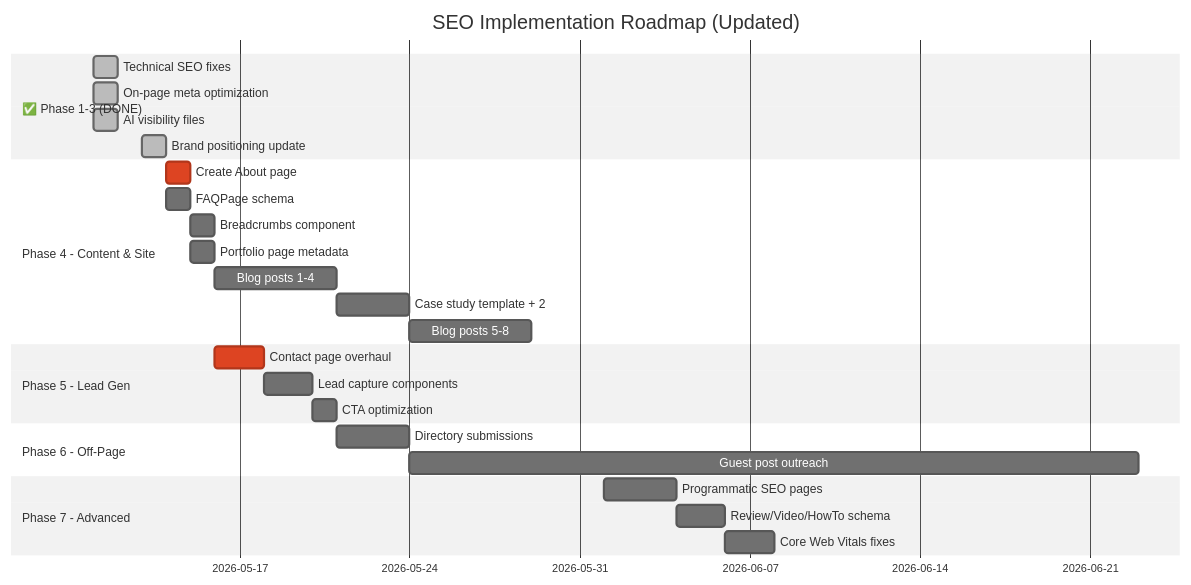
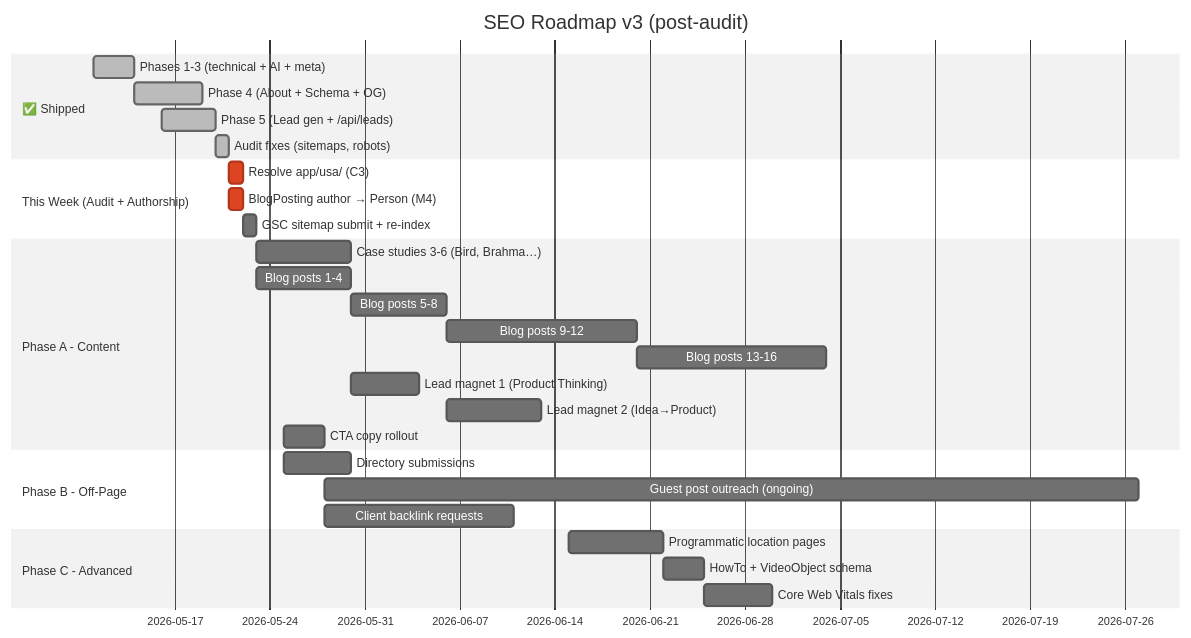
One commit to uipiratedev/uipirate changed the diagram in seo_plan.md. Above: the diagram before and after it, drawn with Mermaid (neutral theme). The commit also changed other lines of this file and 7 other files, not shown here.

````diff
--- a/seo_plan.md
+++ b/seo_plan.md
@@ -340,29 +236,31 @@
 ```mermaid
 gantt
-    title SEO Implementation Roadmap (Updated)
+    title SEO Roadmap v3 (post-audit)
     dateFormat  YYYY-MM-DD
-    section ✅ Phase 1-3 (DONE)
-    Technical SEO fixes         :done, p1, 2026-05-11, 1d
-    On-page meta optimization   :done, p2, 2026-05-11, 1d
-    AI visibility files         :done, p3, 2026-05-11, 1d
-    Brand positioning update    :done, p4, 2026-05-13, 1d
-    section Phase 4 - Content & Site
-    Create About page           :crit, p4a, 2026-05-14, 1d
-    FAQPage schema              :p4b, 2026-05-14, 1d
-    Breadcrumbs component       :p4c, 2026-05-15, 1d
-    Portfolio page metadata     :p4d, 2026-05-15, 1d
-    Blog posts 1-4              :p4e, 2026-05-16, 5d
-    Case study template + 2     :p4f, 2026-05-21, 3d
-    Blog posts 5-8              :p4g, 2026-05-24, 5d
-    section Phase 5 - Lead Gen
-    Contact page overhaul       :crit, p5a, 2026-05-16, 2d
-    Lead capture components     :p5b, 2026-05-18, 2d
-    CTA optimization            :p5c, 2026-05-20, 1d
-    section Phase 6 - Off-Page
-    Directory submissions       :p6a, 2026-05-21, 3d
-    Guest post outreach         :p6b, 2026-05-24, 30d
-    section Phase 7 - Advanced
-    Programmatic SEO pages      :p7a, 2026-06-01, 3d
-    Review/Video/HowTo schema   :p7b, 2026-06-04, 2d
-    Core Web Vitals fixes       :p7c, 2026-06-06, 2d
+    section ✅ Shipped
+    Phases 1-3 (technical + AI + meta)  :done, s1, 2026-05-11, 3d
+    Phase 4 (About + Schema + OG)       :done, s2, 2026-05-14, 5d
+    Phase 5 (Lead gen + /api/leads)     :done, s3, 2026-05-16, 4d
+    Audit fixes (sitemaps, robots)      :done, s4, 2026-05-20, 1d
+    section This Week (Audit + Authorship)
+    Resolve app/usa/ (C3)               :crit, n1, 2026-05-21, 1d
+    BlogPosting author → Person (M4)    :crit, n2, 2026-05-21, 1d
+    GSC sitemap submit + re-index       :n3, 2026-05-22, 1d
+    section Phase A - Content
+    Case studies 3-6 (Bird, Brahma…)    :a1, 2026-05-23, 7d
+    Blog posts 1-4                      :a2, 2026-05-23, 7d
+    Blog posts 5-8                      :a3, 2026-05-30, 7d
+    Blog posts 9-12                     :a4, 2026-06-06, 14d
+    Blog posts 13-16                    :a5, 2026-06-20, 14d
+    Lead magnet 1 (Product Thinking)    :a6, 2026-05-30, 5d
+    Lead magnet 2 (Idea→Product)        :a7, 2026-06-06, 7d
+    CTA copy rollout                    :a8, 2026-05-25, 3d
+    section Phase B - Off-Page
+    Directory submissions               :b1, 2026-05-25, 5d
+    Guest post outreach (ongoing)       :b2, 2026-05-28, 60d
+    Client backlink requests            :b3, 2026-05-28, 14d
+    section Phase C - Advanced
+    Programmatic location pages         :c1, 2026-06-15, 7d
+    HowTo + VideoObject schema          :c2, 2026-06-22, 3d
+    Core Web Vitals fixes               :c3, 2026-06-25, 5d
 ```
````
